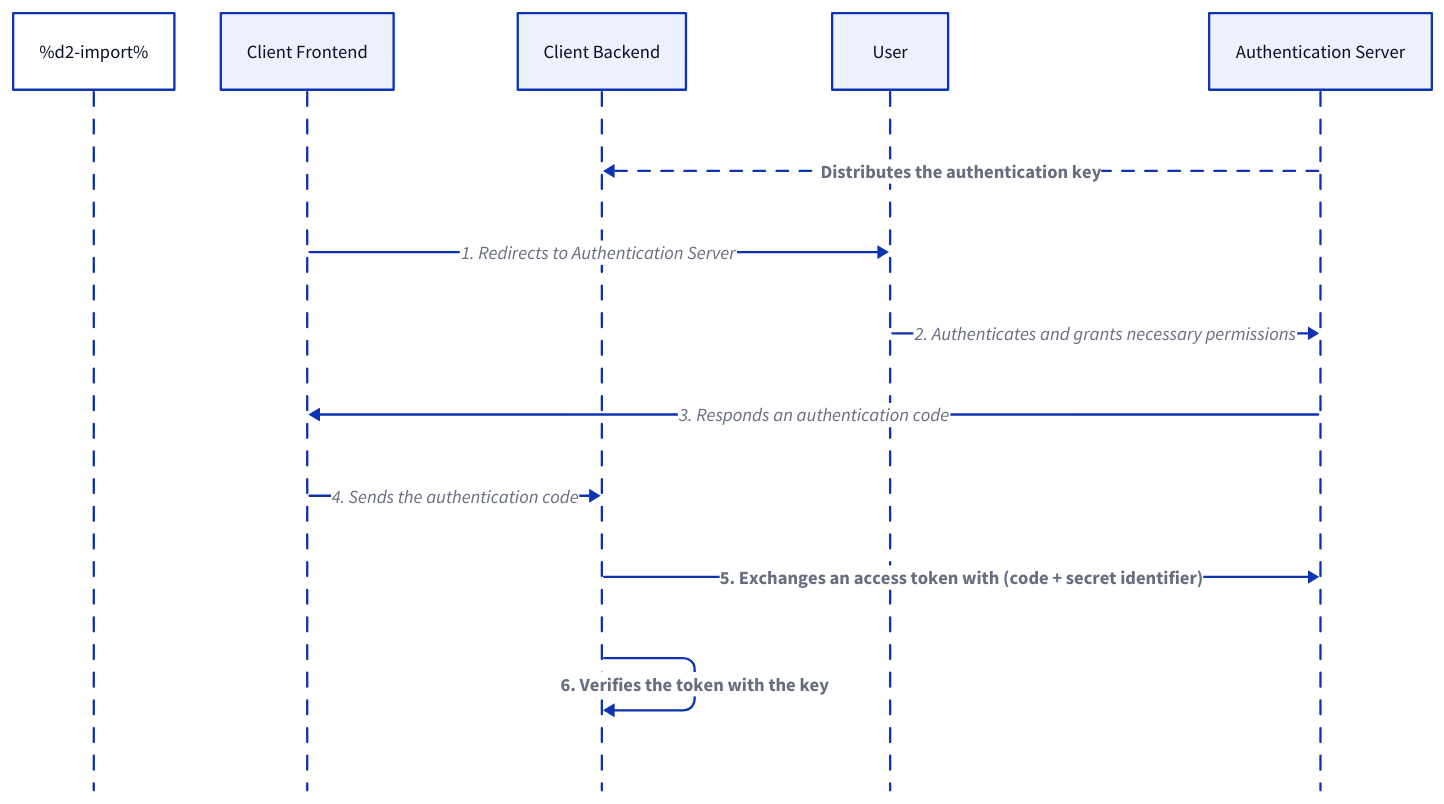
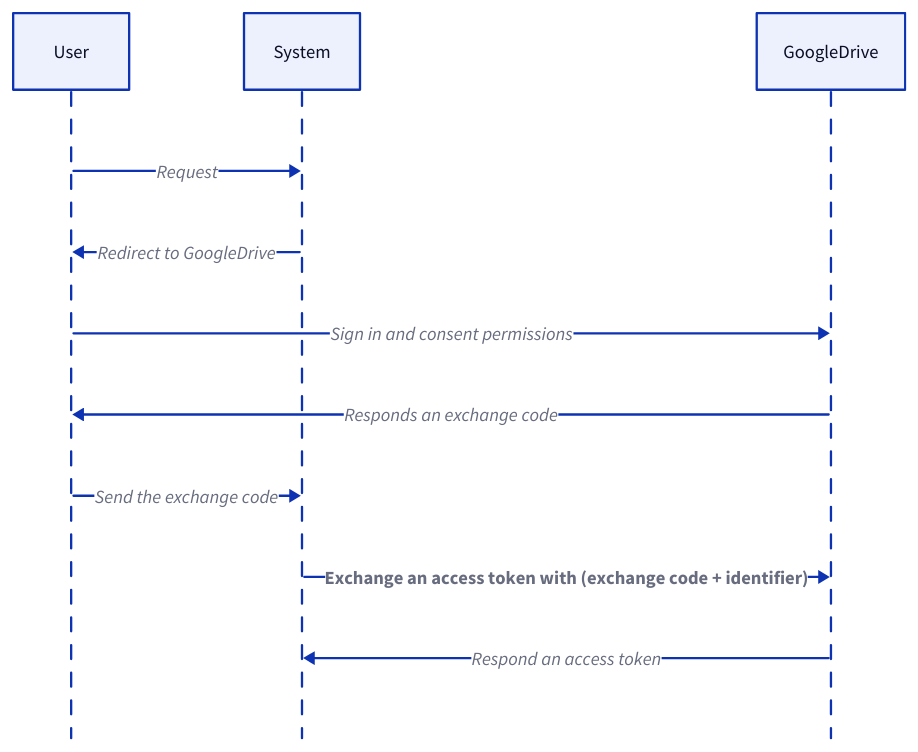
One commit to link1905/system-design-101 changed diagram 23 of 23 in content/docs/system-administration/system-protection/iam.md. Above: the diagram before and after it, drawn with D2. The commit also changed other lines of this file and 4 other files, not shown here.

````diff
--- a/content/docs/system-administration/system-protection/iam.md
+++ b/content/docs/system-administration/system-protection/iam.md
@@ -687,30 +807,21 @@
 ```d2
-%d2-import%
 shape: sequence_diagram
-cf: Client Frontend {
-  class: browser
+u: User {
+  class: client
 }
-cb: Client Backend {
+s: System {
   class: server
 }
-u: User {
-  class: user
+g: GoogleDrive {
+  class: google
 }
-a: Authentication Server {
-  class: server
-}
-a -> cb: Distributes the authentication key {
-  style.bold: true
-  style.animated: true
-}
-cf -> u: 1. Redirects to Authentication Server
-u -> a: 2. Authenticates and grants necessary permissions
-a -> cf: 3. Responds an authentication code
-cf -> cb: 4. Sends the authentication code
-cb -> a: 5. Exchanges an access token with (code + secret identifier) {
+u -> s: Request
+s -> u: Redirect to GoogleDrive
+u -> g: Sign in and consent permissions
+g -> u: Responds an exchange code
+u -> s: Send the exchange code
+s -> g: Exchange an access token with (exchange code + identifier) {
   style.bold: true
 }
-cb -> cb: 6. Verifies the token with the key {
-  style.bold: true
-}
+g -> s: Respond an access token
 ```
````
